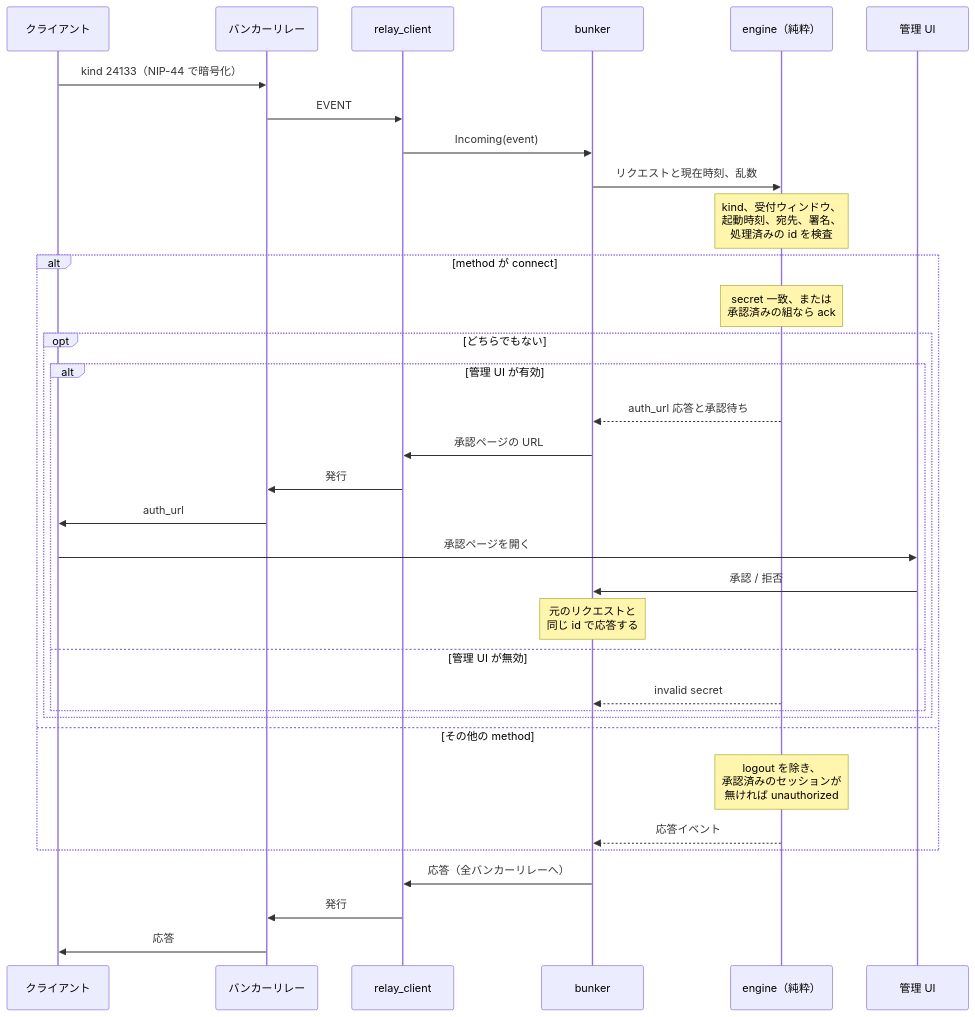
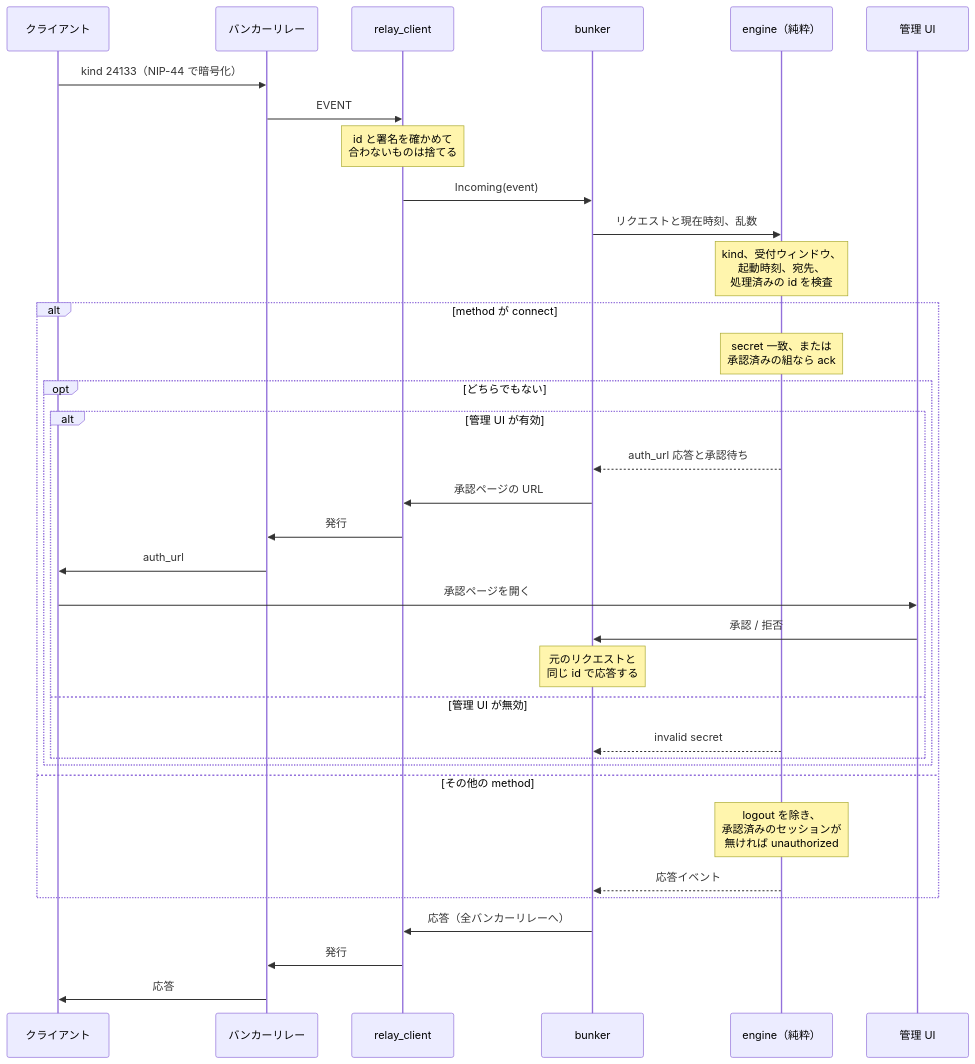
The fourth of 8 diagrams in docs/architecture.md (neverclear86/nostr-no-su), drawn with Mermaid before and after one commit. The commit also changed other lines of this file and 11 other files, not shown here.

````diff
--- a/docs/architecture.md
+++ b/docs/architecture.md
@@ -209,37 +209,38 @@
 ```mermaid
 sequenceDiagram
     participant client as クライアント
     participant relay as バンカーリレー
     participant rc as relay_client
     participant bk as bunker
     participant eng as engine（純粋）
     participant browser as 管理 UI
 
     client->>relay: kind 24133（NIP-44 で暗号化）
     relay->>rc: EVENT
+    Note over rc: id と署名を確かめて<br/>合わないものは捨てる
     rc->>bk: Incoming(event)
     bk->>eng: リクエストと現在時刻、乱数
-    Note over eng: kind、受付ウィンドウ、<br/>起動時刻、宛先、署名、<br/>処理済みの id を検査
+    Note over eng: kind、受付ウィンドウ、<br/>起動時刻、宛先、<br/>処理済みの id を検査
     alt method が connect
         Note over eng: secret 一致、または<br/>承認済みの組なら ack
         opt どちらでもない
             alt 管理 UI が有効
                 eng-->>bk: auth_url 応答と承認待ち
                 bk->>rc: 承認ページの URL
                 rc->>relay: 発行
                 relay->>client: auth_url
                 client->>browser: 承認ページを開く
                 browser->>bk: 承認 / 拒否
                 Note over bk: 元のリクエストと<br/>同じ id で応答する
             else 管理 UI が無効
                 eng-->>bk: invalid secret
             end
         end
     else その他の method
         Note over eng: logout を除き、<br/>承認済みのセッションが<br/>無ければ unauthorized
         eng-->>bk: 応答イベント
     end
     bk->>rc: 応答（全バンカーリレーへ）
     rc->>relay: 発行
     relay->>client: 応答
 ```
````
